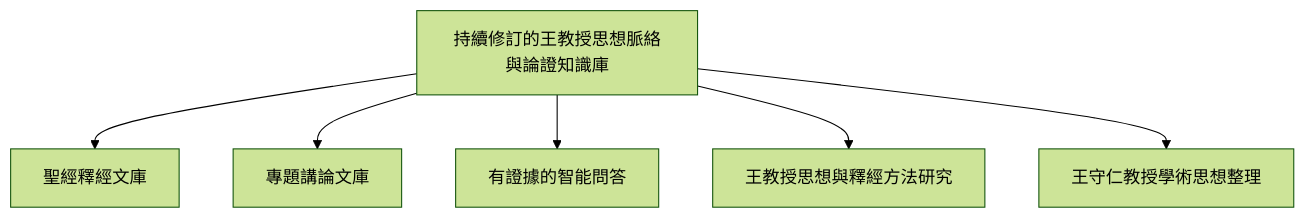
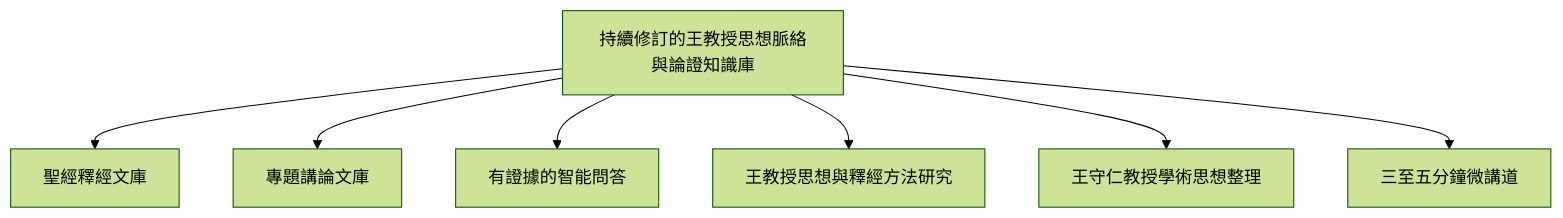
Before and after one commit to junyang168/smart-answer: the ninth of 9 diagrams in docs/wang-knowledge-platform/project_mission_statement.md, drawn with Mermaid (forest theme). The commit also changed other lines of this file and 5 other files, not shown here.

````diff
--- a/docs/wang-knowledge-platform/project_mission_statement.md
+++ b/docs/wang-knowledge-platform/project_mission_statement.md
@@ -310,8 +320,9 @@
 ```mermaid
 flowchart TD
     A["持續修訂的王教授思想脈絡與論證知識庫"] --> B["聖經釋經文庫"]
     A --> C["專題講論文庫"]
     A --> D["有證據的智能問答"]
     A --> E["王教授思想與釋經方法研究"]
     A --> F["王守仁教授學術思想整理"]
+    A --> G["三至五分鐘微講道"]
 ```
````
